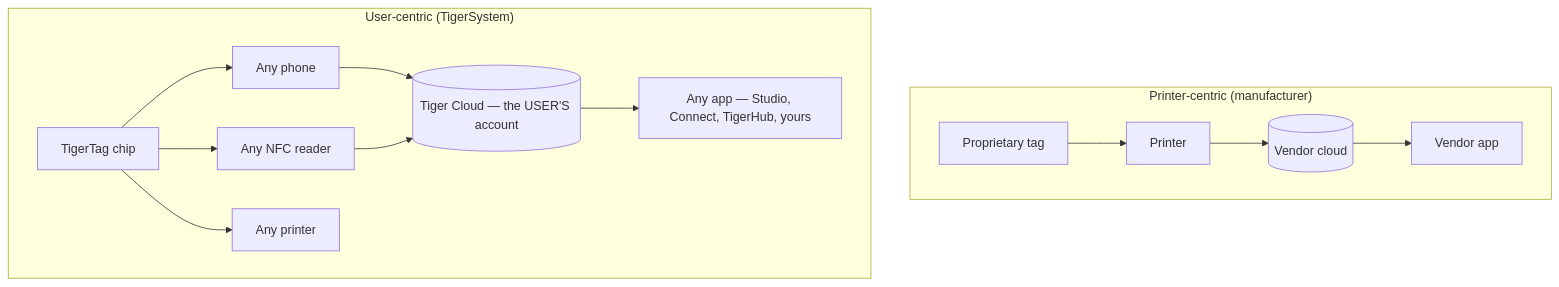
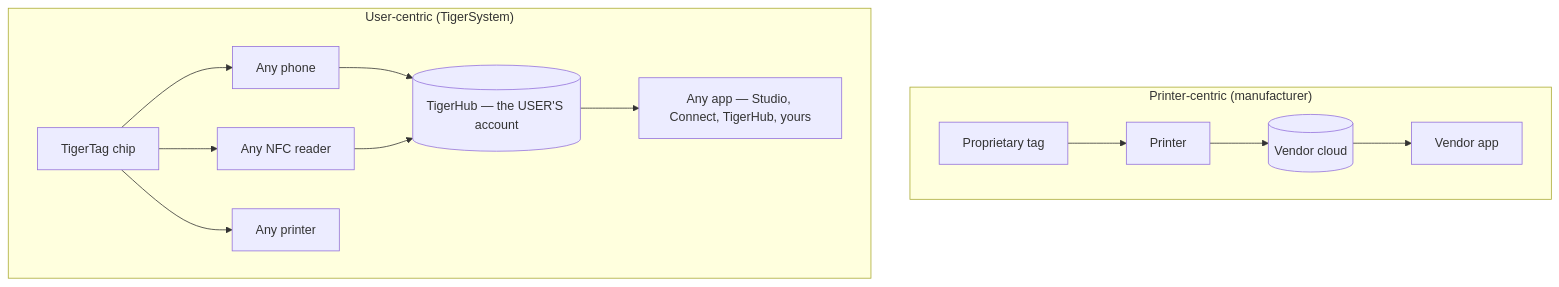
Before and after one commit to TigerTag-Project/TigerSystem-Docs: the diagram in docs/philosophy/user-centric-ecosystem.md, drawn with Mermaid. The commit also changed 23 other files, not shown here.

Commit message:
Fix terminology: the Firebase account backbone is TigerHub (drop the invented 'Tiger Cloud' name, merge the two product pages)

````diff
--- a/docs/philosophy/user-centric-ecosystem.md
+++ b/docs/philosophy/user-centric-ecosystem.md
@@ -5,15 +5,15 @@
 ```mermaid
 flowchart TB
     subgraph M["Printer-centric (manufacturer)"]
         MP[Printer] --> MC[(Vendor cloud)]
         MT[Proprietary tag] --> MP
         MC --> MA[Vendor app]
     end
     subgraph T["User-centric (TigerSystem)"]
         TT[TigerTag chip] --> PH[Any phone]
         TT --> RD[Any NFC reader]
         TT --> PR[Any printer]
-        PH & RD --> TC[("Tiger Cloud — the USER'S account")]
+        PH & RD --> TC[("TigerHub — the USER'S account")]
         TC --> ANY["Any app — Studio, Connect, TigerHub, yours"]
     end
 ```
````
